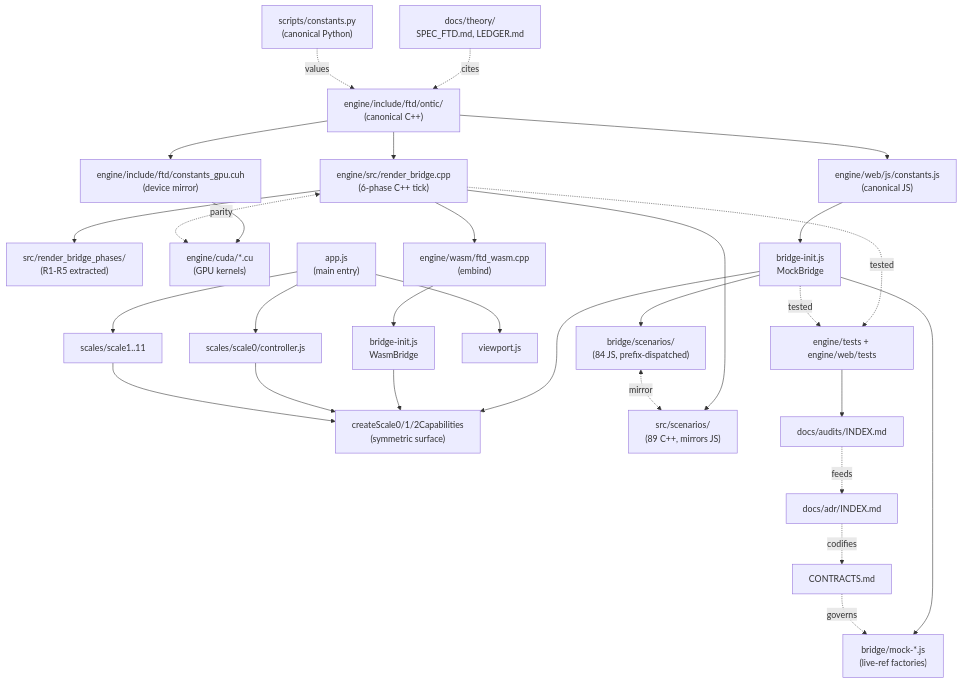
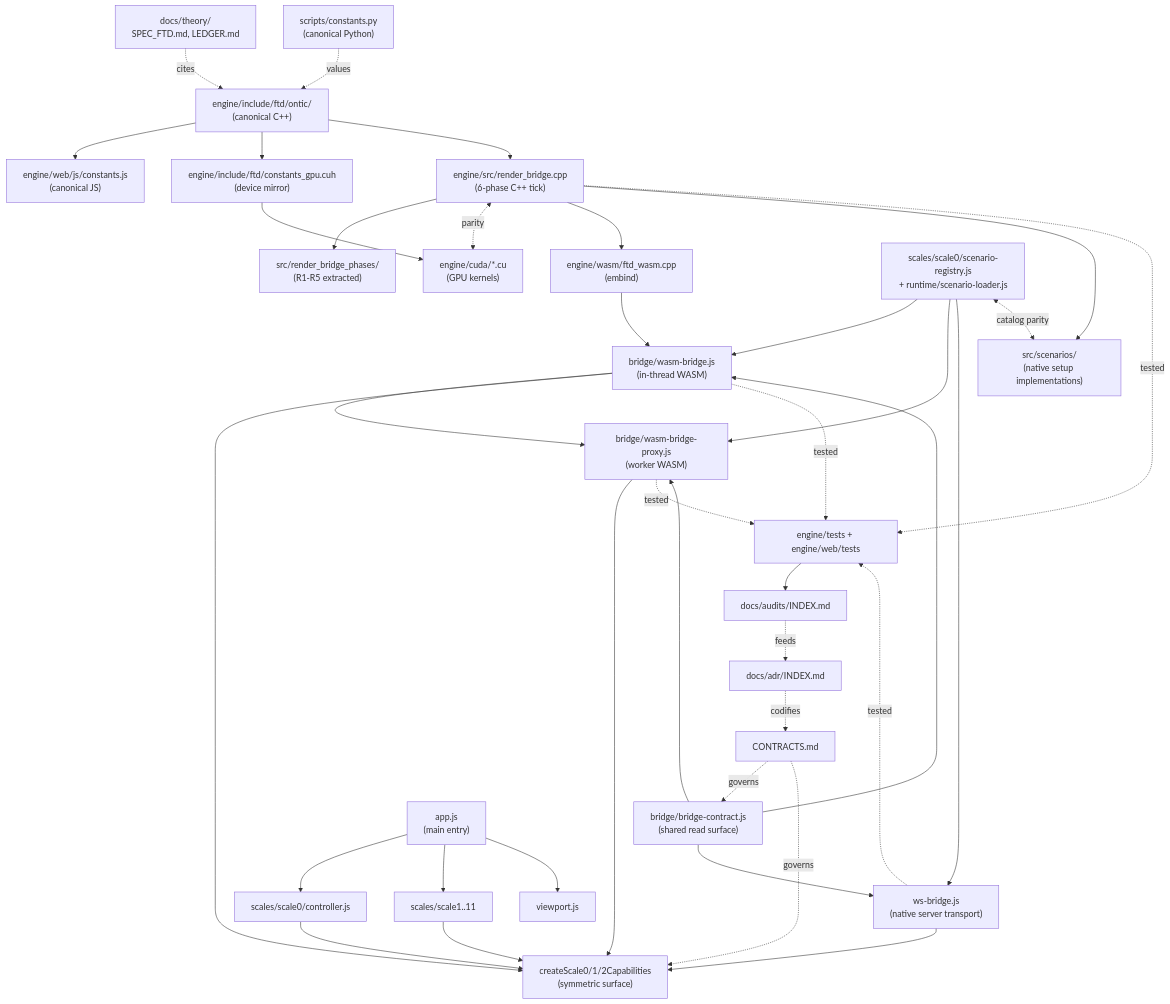
One commit to cpaci-tani/Foundational-Ternary-Dynamics changed the diagram in META_PROJECT_ATLAS.md. Above: the diagram before and after it, drawn with Mermaid. The commit also changed other lines of this file and 413 other files, not shown here.

````diff
--- a/META_PROJECT_ATLAS.md
+++ b/META_PROJECT_ATLAS.md
@@ -206,65 +206,74 @@
 ```mermaid
 graph TD
     Theory["docs/theory/<br/>SPEC_FTD.md, LEDGER.md"]
     PyConst["scripts/constants.py<br/>(canonical Python)"]
     Ontic["engine/include/ftd/ontic/<br/>(canonical C++)"]
     JSConst["engine/web/js/constants.js<br/>(canonical JS)"]
     GpuConst["engine/include/ftd/constants_gpu.cuh<br/>(device mirror)"]
 
     Theory -.cites.-> Ontic
     PyConst -.values.-> Ontic
     Ontic --> JSConst
     Ontic --> GpuConst
 
     RB["engine/src/render_bridge.cpp<br/>(6-phase C++ tick)"]
     RBPhases["src/render_bridge_phases/<br/>(R1-R5 extracted)"]
     Cuda["engine/cuda/*.cu<br/>(GPU kernels)"]
     Wasm["engine/wasm/ftd_wasm.cpp<br/>(embind)"]
 
     Ontic --> RB
     GpuConst --> Cuda
     RB --> RBPhases
     RB <-.parity.-> Cuda
     RB --> Wasm
 
-    MockBridge["bridge-init.js<br/>MockBridge"]
-    WasmBridge["bridge-init.js<br/>WasmBridge"]
-    BridgeHelpers["bridge/mock-*.js<br/>(live-ref factories)"]
+    WasmBridge["bridge/wasm-bridge.js<br/>(in-thread WASM)"]
+    WorkerProxy["bridge/wasm-bridge-proxy.js<br/>(worker WASM)"]
+    WebSocketBridge["ws-bridge.js<br/>(native server transport)"]
+    BridgeContract["bridge/bridge-contract.js<br/>(shared read surface)"]
     Capabilities["createScale0/1/2Capabilities<br/>(symmetric surface)"]
 
-    JSConst --> MockBridge
     Wasm --> WasmBridge
-    MockBridge --> BridgeHelpers
-    MockBridge --> Capabilities
+    WasmBridge --> WorkerProxy
     WasmBridge --> Capabilities
+    WorkerProxy --> Capabilities
+    WebSocketBridge --> Capabilities
+    BridgeContract --> WasmBridge
+    BridgeContract --> WorkerProxy
+    BridgeContract --> WebSocketBridge
 
     AppDag["app.js<br/>(main entry)"]
     Scale0["scales/scale0/controller.js"]
     OtherScales["scales/scale1..11"]
     Viewport["viewport.js"]
 
     AppDag --> Scale0
     AppDag --> OtherScales
     AppDag --> Viewport
     Scale0 --> Capabilities
     OtherScales --> Capabilities
 
-    Scenarios["bridge/scenarios/<br/>(84 JS, prefix-dispatched)"]
-    SceneCpp["src/scenarios/<br/>(89 C++, mirrors JS)"]
+    Scenarios["scales/scale0/scenario-registry.js<br/>+ runtime/scenario-loader.js"]
+    SceneCpp["src/scenarios/<br/>(native setup implementations)"]
 
-    MockBridge --> Scenarios
+    Scenarios --> WasmBridge
+    Scenarios --> WorkerProxy
+    Scenarios --> WebSocketBridge
     RB --> SceneCpp
-    Scenarios <-.mirror.-> SceneCpp
+    Scenarios <-.catalog parity.-> SceneCpp
 
     Tests["engine/tests + engine/web/tests"]
     AuditLedger["docs/audits/INDEX.md"]
     ADR["docs/adr/INDEX.md"]
     Contracts["CONTRACTS.md"]
 
     RB -.tested.-> Tests
-    MockBridge -.tested.-> Tests
+    WasmBridge -.tested.-> Tests
+    WorkerProxy -.tested.-> Tests
+    WebSocketBridge -.tested.-> Tests
     Tests --> AuditLedger
     AuditLedger -.feeds.-> ADR
     ADR -.codifies.-> Contracts
-    Contracts -.governs.-> BridgeHelpers
+    Contracts -.governs.-> BridgeContract
+    Contracts -.governs.-> Capabilities
 ```
````
